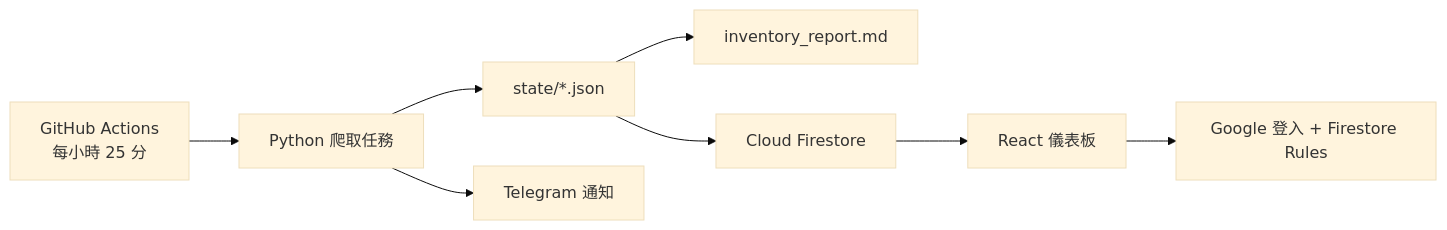
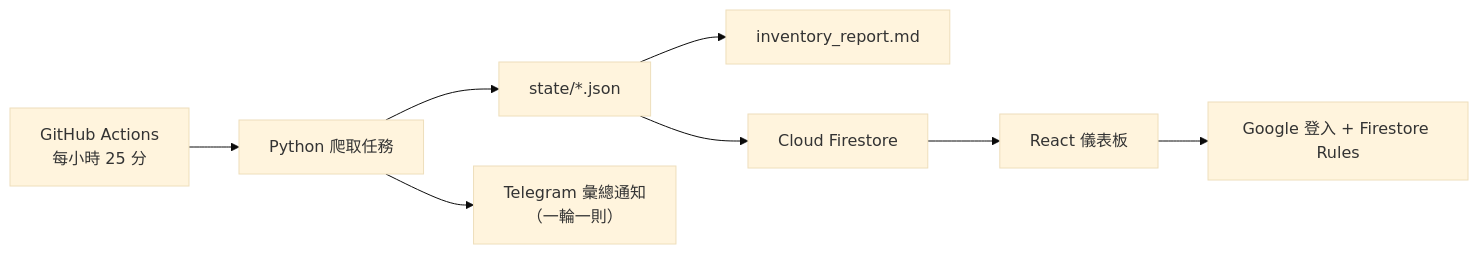
The diagram in README.md (WayneHe1221/automation), drawn with Mermaid (base theme) before and after one commit. The commit also changed other lines of this file and 9 other files, not shown here.

````diff
--- a/README.md
+++ b/README.md
@@ -16,10 +16,10 @@
 ```mermaid
 flowchart LR
     A["GitHub Actions<br/>每小時 25 分"] --> B["Python 爬取任務"]
     B --> C["state/*.json"]
-    B --> D["Telegram 通知"]
+    B --> D["Telegram 彙總通知<br/>（一輪一則）"]
     C --> E["inventory_report.md"]
     C --> F["Cloud Firestore"]
     F --> G["React 儀表板"]
     G --> H["Google 登入 + Firestore Rules"]
 ```
````
